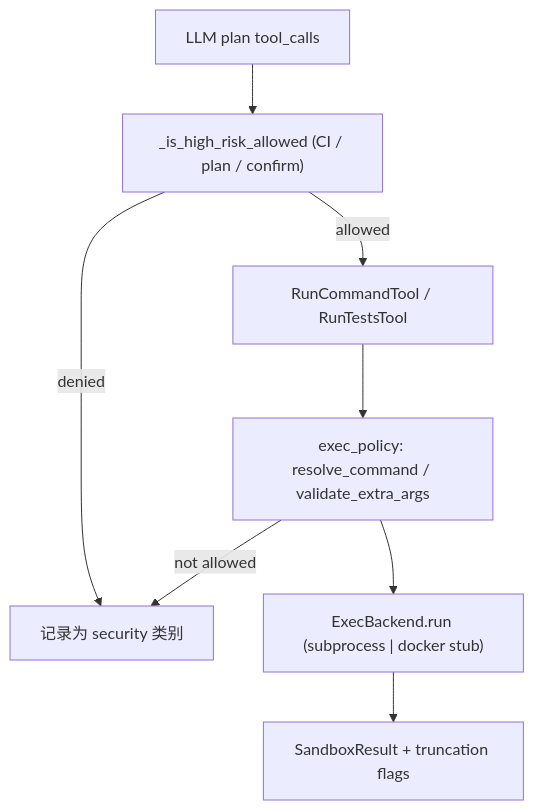
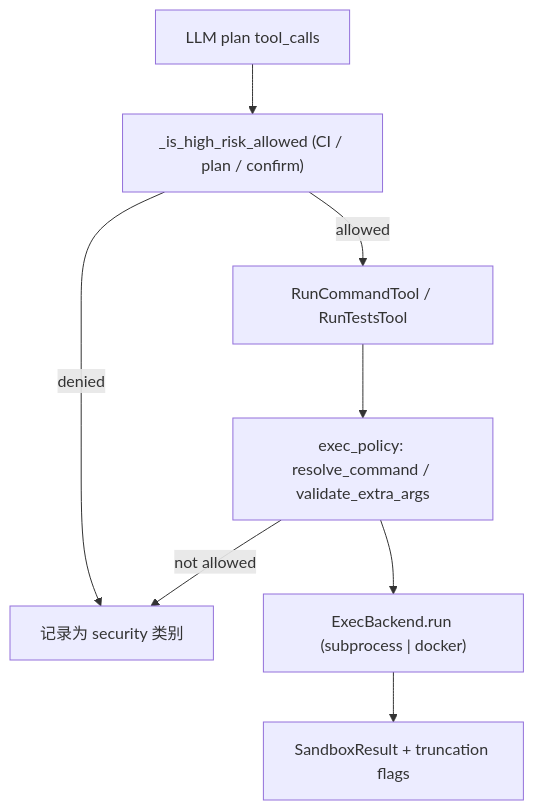
Before and after one commit to takagibit18/review-debug-agent: the diagram in docs/execute_tools_design.md, drawn with Mermaid. The commit also changed other lines of this file and 11 other files, not shown here.

Commit message:
add docker execute backend

````diff
--- a/docs/execute_tools_design.md
+++ b/docs/execute_tools_design.md
@@ -52,18 +52,18 @@
 ```mermaid
 flowchart TD
     Plan[LLM plan tool_calls]
     Gate["_is_high_risk_allowed (CI / plan / confirm)"]
     Tool[RunCommandTool / RunTestsTool]
     Policy["exec_policy: resolve_command / validate_extra_args"]
-    Backend["ExecBackend.run (subprocess | docker stub)"]
+    Backend["ExecBackend.run (subprocess | docker)"]
     Result[SandboxResult + truncation flags]
     Err[记录为 security 类别]
 
     Plan --> Gate
     Gate -- denied --> Err
     Gate -- allowed --> Tool
     Tool --> Policy
     Policy -- not allowed --> Err
     Policy --> Backend
     Backend --> Result
 ```
````
